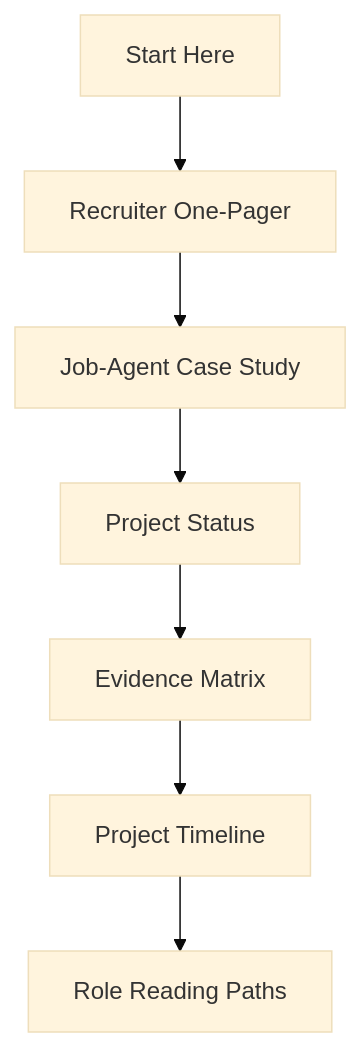
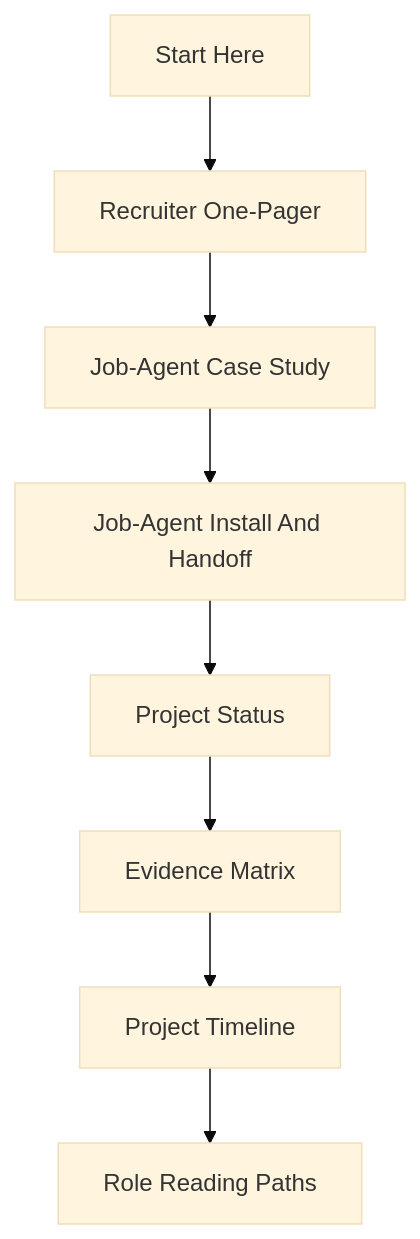
One commit to marcus-uden-dev/ai-native-proof-of-work changed the diagram in NAVIGATION.md. Above: the diagram before and after it, drawn with Mermaid (base theme). The commit also changed other lines of this file and 12 other files, not shown here.

````diff
--- a/NAVIGATION.md
+++ b/NAVIGATION.md
@@ -77,9 +81,10 @@
 ```mermaid
 flowchart TD
     A["Start Here"] --> B["Recruiter One-Pager"]
     B --> C["Job-Agent Case Study"]
-    C --> D["Project Status"]
-    D --> E["Evidence Matrix"]
-    E --> F["Project Timeline"]
-    F --> G["Role Reading Paths"]
+    C --> D["Job-Agent Install And Handoff"]
+    D --> E["Project Status"]
+    E --> F["Evidence Matrix"]
+    F --> G["Project Timeline"]
+    G --> H["Role Reading Paths"]
 ```
````
